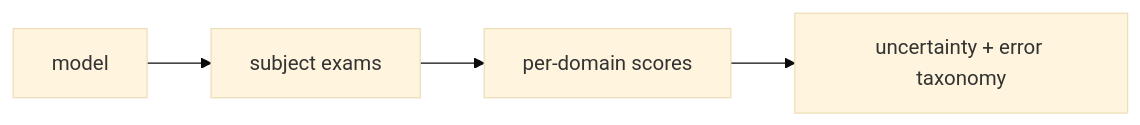
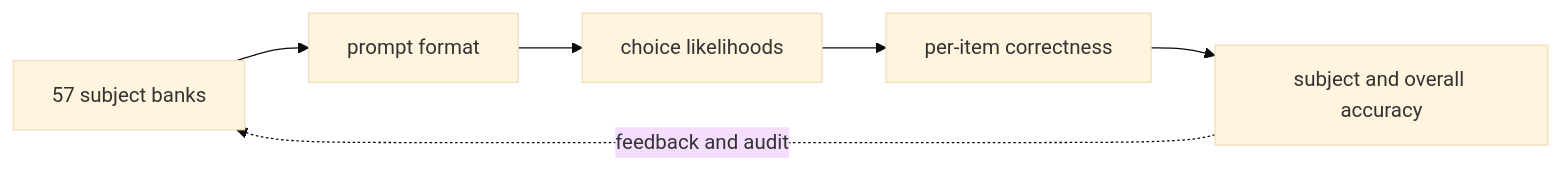
The first of 2 diagrams in llm-learning-repository/tutorials/03-evaluation-and-code/11-mmlu.md (niyama-admin/learning-lab), drawn with Mermaid (base theme) before and after one commit. The commit also changed other lines of this file and 24 other files, not shown here.

````diff
--- a/llm-learning-repository/tutorials/03-evaluation-and-code/11-mmlu.md
+++ b/llm-learning-repository/tutorials/03-evaluation-and-code/11-mmlu.md
@@ -9,6 +22,8 @@
 ```mermaid
 flowchart LR
-  A["model"] --> B["subject exams"]
-  B["subject exams"] --> C["per-domain scores"]
-  C["per-domain scores"] --> D["uncertainty + error taxonomy"]
+  A["57 subject banks"] --> B["prompt format"]
+  B --> C["choice likelihoods"]
+  C --> D["per-item correctness"]
+  D --> E["subject and overall accuracy"]
+  E -. feedback and audit .-> A
 ```
````
